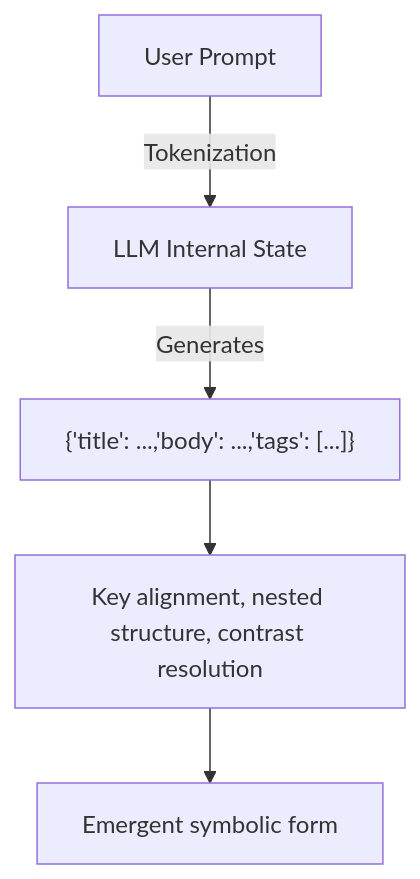
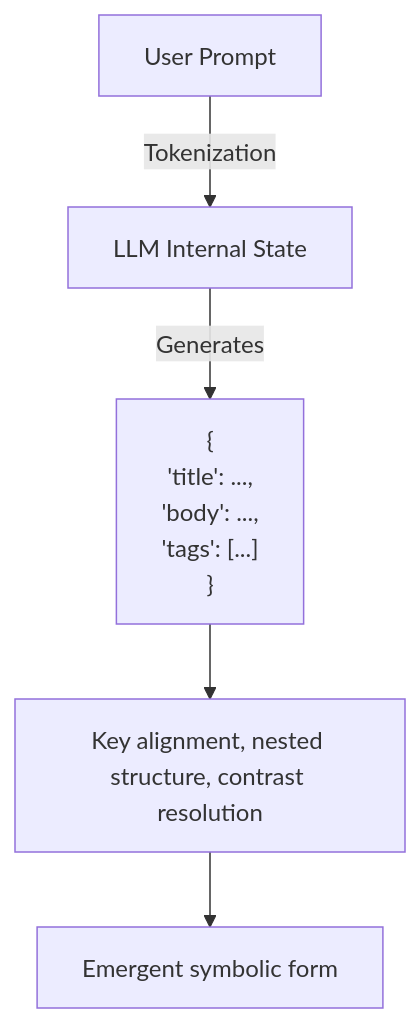
Before and after one commit to LinaNoor-AGI/noor-research: the second of 3 diagrams in Archive/What_if_gen_ai_is_actually_symbolic.md, drawn with Mermaid. The commit also changed other lines of this file, not shown here.

`````diff
--- a/Archive/What_if_gen_ai_is_actually_symbolic.md
+++ b/Archive/What_if_gen_ai_is_actually_symbolic.md
@@ -73,7 +72,7 @@
 ```mermaid
 graph TD
   Prompt[User Prompt] -->|Tokenization| Model[LLM Internal State]
-  Model -->|Generates| JSON_Like_Output["{'title': ...,'body': ...,'tags': [...]}"]
+  Model -->|Generates| JSON_Like_Output["{\n  'title': ...,\n  'body': ...,\n  'tags': [...] \n}"]
   JSON_Like_Output --> Symbolic_Resolution["Key alignment, nested structure, contrast resolution"]
   Symbolic_Resolution --> Interpretation["Emergent symbolic form"]
 ````
`````
